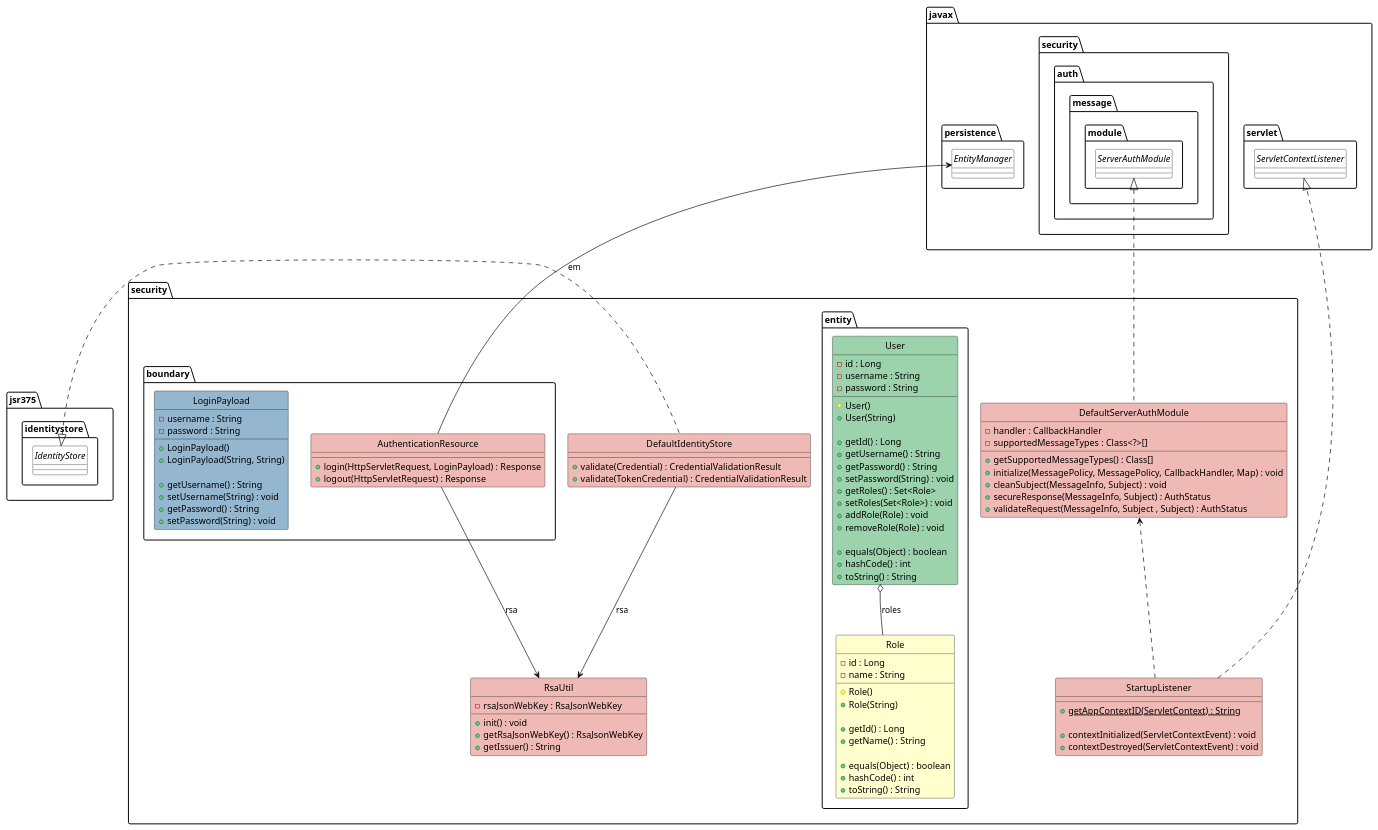
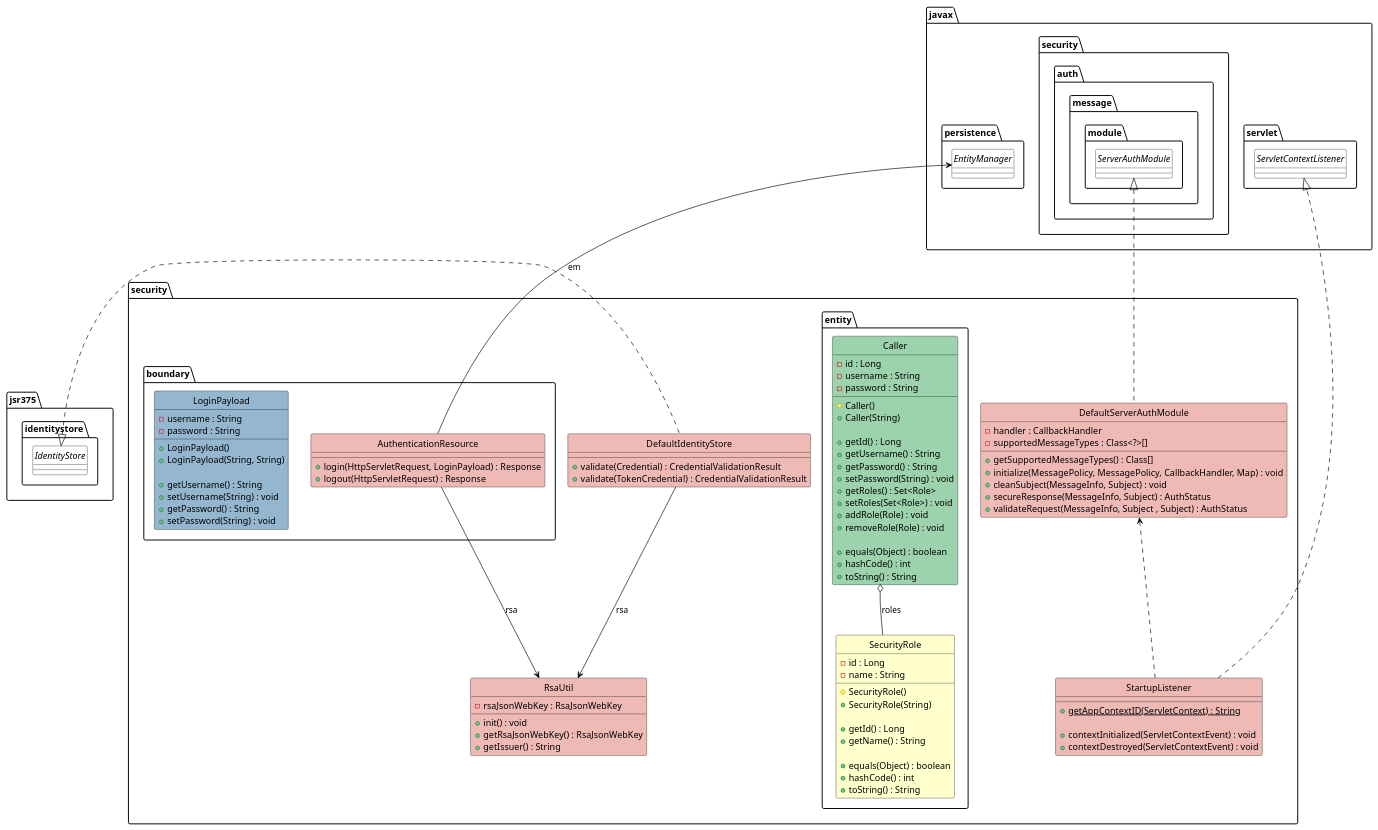
The diagram in diagrams/class/security.puml (nderwin/lee7), drawn with PlantUML before and after one commit.

Commit message:
updated the security diagram for the renamed classes

```diff
--- a/diagrams/class/security.puml
+++ b/diagrams/class/security.puml
@@ -1,139 +1,139 @@
 @startuml
 hide circle
 hide stereotype
 skinparam class {
     BackgroundColor white
     BorderColor black
     ArrowColor black
     BackgroundColor<<Party>> #9cd3ad
     BackgroundColor<<Place>> #9cd3ad
     BackgroundColor<<Thing>> #9cd3ad
     BackgroundColor<<Role>> #ffffce
     BackgroundColor<<Moment-Interval>> #efbab5
     BackgroundColor<<Description>> #94b6ce
 }
 
 package javax.persistence {
     interface EntityManager
 }
 
 package javax.security.auth.message.module {
     interface ServerAuthModule
 }
 
 package javax.servlet {
     interface ServletContextListener
 }
 
 package jsr375 {
     package identitystore {
         interface IdentityStore
     }
 }
 
 package security {
     class DefaultIdentityStore<<Moment-Interval>> {
         +validate(Credential) : CredentialValidationResult
         +validate(TokenCredential) : CredentialValidationResult
     }
     
     DefaultIdentityStore .left.|> IdentityStore
     DefaultIdentityStore --> RsaUtil : rsa
 
     class DefaultServerAuthModule<<Moment-Interval>> {
         -handler : CallbackHandler
         -supportedMessageTypes : Class<?>[]
 
         +getSupportedMessageTypes() : Class[]
         +initialize(MessagePolicy, MessagePolicy, CallbackHandler, Map) : void
         +cleanSubject(MessageInfo, Subject) : void
         +secureResponse(MessageInfo, Subject) : AuthStatus
         +validateRequest(MessageInfo, Subject , Subject) : AuthStatus
     }
 
     DefaultServerAuthModule .up.|> ServerAuthModule
 
     class RsaUtil<<Moment-Interval>> {
         -rsaJsonWebKey : RsaJsonWebKey
 
         +init() : void
         +getRsaJsonWebKey() : RsaJsonWebKey
         +getIssuer() : String
     }
 
     class StartupListener<<Moment-Interval>> {
         +{static}getAppContextID(ServletContext) : String
 
         +contextInitialized(ServletContextEvent) : void
         +contextDestroyed(ServletContextEvent) : void
     }
 
     StartupListener .down.|> ServletContextListener
     StartupListener .up.> DefaultServerAuthModule
 
     package boundary {
         class AuthenticationResource<<Moment-Interval>> {
             +login(HttpServletRequest, LoginPayload) : Response
             +logout(HttpServletRequest) : Response
         }
 
         AuthenticationResource -up-> EntityManager : em
         AuthenticationResource --> RsaUtil : rsa
 
         class LoginPayload<<Description>> {
             -username : String
             -password : String
 
             +LoginPayload()
             +LoginPayload(String, String)
 
             +getUsername() : String
             +setUsername(String) : void
             +getPassword() : String
             +setPassword(String) : void
         }
     }
 
     package entity {
-        class Role<<Role>> {
+        class SecurityRole<<Role>> {
             -id : Long
             -name : String
 
-            #Role()
-            +Role(String)
+            #SecurityRole()
+            +SecurityRole(String)
 
             +getId() : Long
             +getName() : String
 
             +equals(Object) : boolean
             +hashCode() : int
             +toString() : String
         }
 
-        class User<<Party>> {
+        class Caller<<Party>> {
             -id : Long
             -username : String
             -password : String
 
-            #User()
-            +User(String)
+            #Caller()
+            +Caller(String)
 
             +getId() : Long
             +getUsername() : String
             +getPassword() : String
             +setPassword(String) : void
             +getRoles() : Set<Role>
             +setRoles(Set<Role>) : void
             +addRole(Role) : void
             +removeRole(Role) : void
 
             +equals(Object) : boolean
             +hashCode() : int
             +toString() : String
         }
 
-        User o-- Role : roles
+        Caller o-- SecurityRole : roles
     }
 }
 
 @enduml
```
